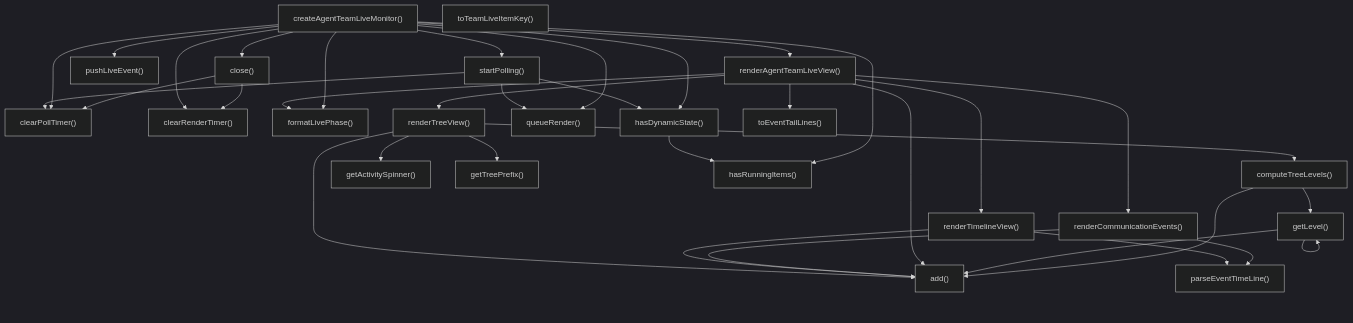
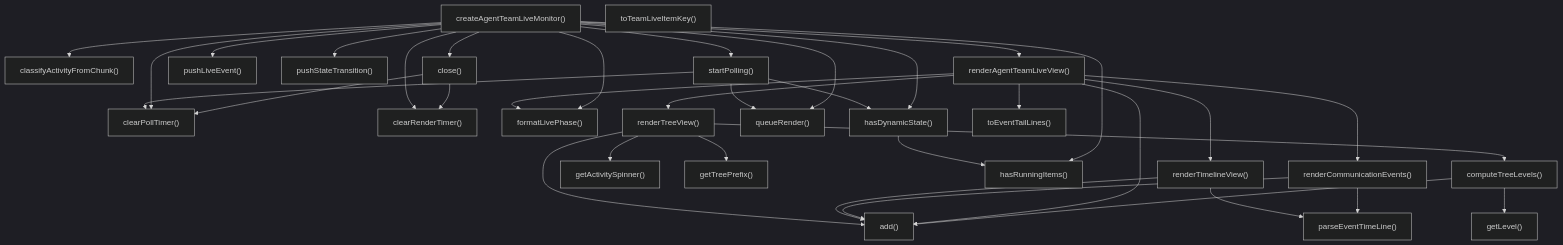
The third of 4 diagrams in ABDD/.pi/extensions/agent-teams/live-monitor.md (Mekann2904/mekann), drawn with Mermaid (dark theme) before and after one commit. The commit also changed other lines of this file and 189 other files, not shown here.

````diff
--- a/ABDD/.pi/extensions/agent-teams/live-monitor.md
+++ b/ABDD/.pi/extensions/agent-teams/live-monitor.md
@@ -80,59 +80,61 @@
 ```mermaid
 flowchart TD
   add["add()"]
+  classifyActivityFromChunk["classifyActivityFromChunk()"]
   clearPollTimer["clearPollTimer()"]
   clearRenderTimer["clearRenderTimer()"]
   close["close()"]
   computeTreeLevels["computeTreeLevels()"]
   createAgentTeamLiveMonitor["createAgentTeamLiveMonitor()"]
   formatLivePhase["formatLivePhase()"]
   getActivitySpinner["getActivitySpinner()"]
   getLevel["getLevel()"]
   getTreePrefix["getTreePrefix()"]
   hasDynamicState["hasDynamicState()"]
   hasRunningItems["hasRunningItems()"]
   parseEventTimeLine["parseEventTimeLine()"]
   pushLiveEvent["pushLiveEvent()"]
+  pushStateTransition["pushStateTransition()"]
   queueRender["queueRender()"]
   renderAgentTeamLiveView["renderAgentTeamLiveView()"]
   renderCommunicationEvents["renderCommunicationEvents()"]
   renderTimelineView["renderTimelineView()"]
   renderTreeView["renderTreeView()"]
   startPolling["startPolling()"]
   toEventTailLines["toEventTailLines()"]
   toTeamLiveItemKey["toTeamLiveItemKey()"]
   close --> clearPollTimer
   close --> clearRenderTimer
   computeTreeLevels --> add
   computeTreeLevels --> getLevel
+  createAgentTeamLiveMonitor --> classifyActivityFromChunk
   createAgentTeamLiveMonitor --> clearPollTimer
   createAgentTeamLiveMonitor --> clearRenderTimer
   createAgentTeamLiveMonitor --> close
   createAgentTeamLiveMonitor --> formatLivePhase
   createAgentTeamLiveMonitor --> hasDynamicState
   createAgentTeamLiveMonitor --> hasRunningItems
   createAgentTeamLiveMonitor --> pushLiveEvent
+  createAgentTeamLiveMonitor --> pushStateTransition
   createAgentTeamLiveMonitor --> queueRender
   createAgentTeamLiveMonitor --> renderAgentTeamLiveView
   createAgentTeamLiveMonitor --> startPolling
-  getLevel --> add
-  getLevel --> getLevel
   hasDynamicState --> hasRunningItems
   renderAgentTeamLiveView --> add
   renderAgentTeamLiveView --> formatLivePhase
   renderAgentTeamLiveView --> renderCommunicationEvents
   renderAgentTeamLiveView --> renderTimelineView
   renderAgentTeamLiveView --> renderTreeView
   renderAgentTeamLiveView --> toEventTailLines
   renderCommunicationEvents --> add
   renderCommunicationEvents --> parseEventTimeLine
   renderTimelineView --> add
   renderTimelineView --> parseEventTimeLine
   renderTreeView --> add
   renderTreeView --> computeTreeLevels
   renderTreeView --> getActivitySpinner
   renderTreeView --> getTreePrefix
   startPolling --> clearPollTimer
   startPolling --> hasDynamicState
   startPolling --> queueRender
 ```
````
